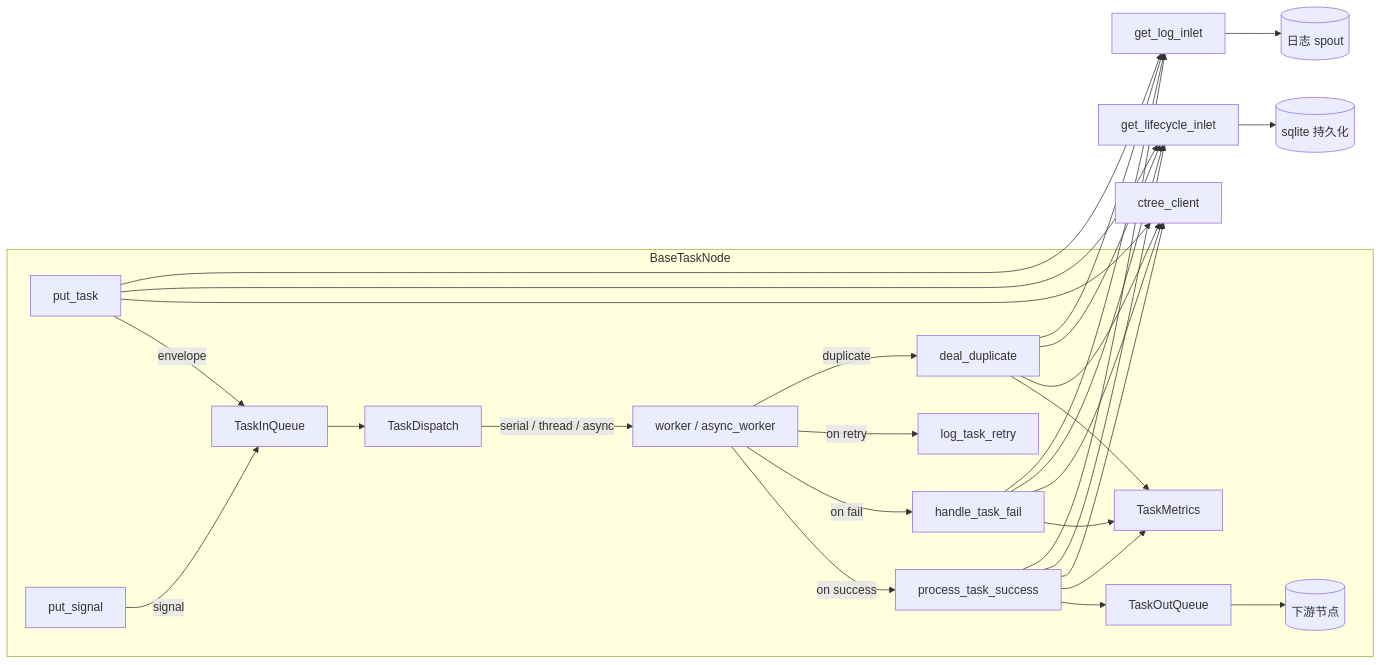
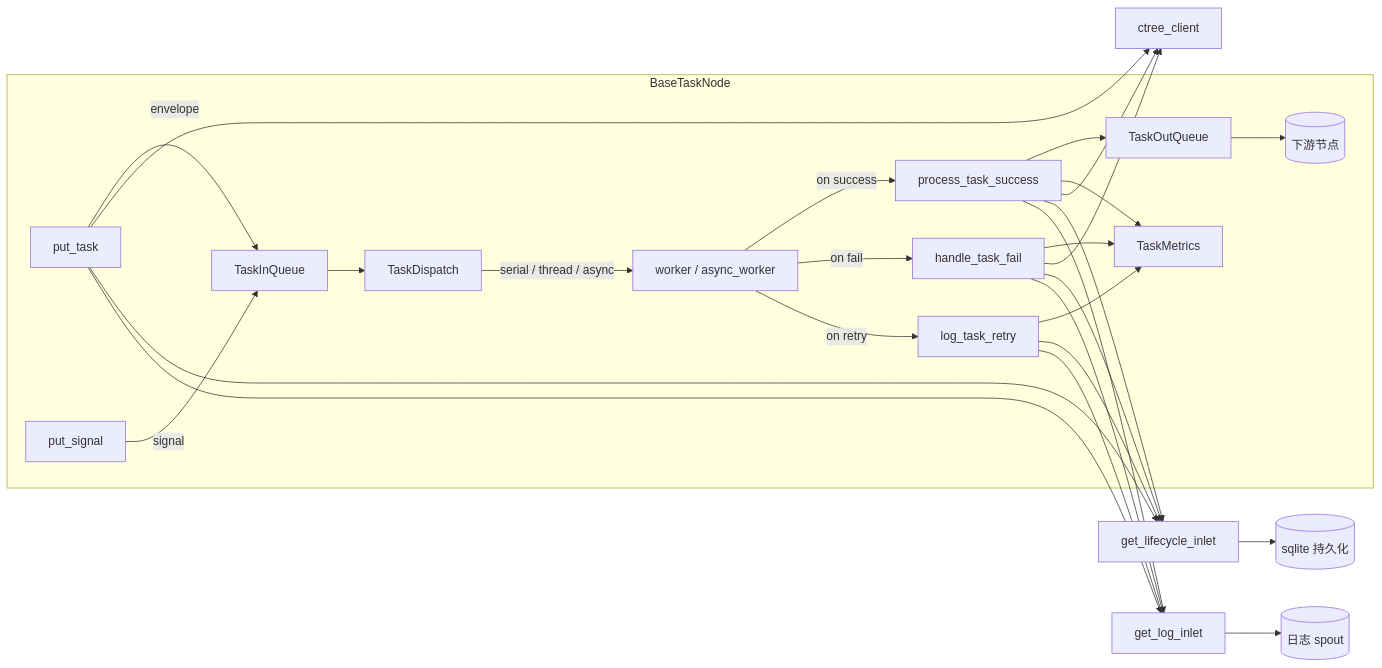
Before and after one commit to Mr-xiaotian/CelestialFlow: the second of 2 diagrams in docs/zh-CN/src/node/core_node.md, drawn with Mermaid. The commit also changed other lines of this file and 100 other files, not shown here.

````diff
--- a/docs/zh-CN/src/node/core_node.md
+++ b/docs/zh-CN/src/node/core_node.md
@@ -181,34 +200,32 @@
 ```mermaid
 flowchart LR
     subgraph "BaseTaskNode"
         PutTask[put_task] -->|envelope| TaskQueue[TaskInQueue]
         PutSignal[put_signal] -->|signal| TaskQueue
         TaskQueue --> Dispatch[TaskDispatch]
         Dispatch -->|serial / thread / async| Worker[worker / async_worker]
         Worker -->|on success| PTS[process_task_success]
         Worker -->|on fail| HTF[handle_task_fail]
         Worker -->|on retry| LTR[log_task_retry]
-        Worker -->|duplicate| DD[deal_duplicate]
-        PTS --> ResultQueue[TaskOutQueue]
-        ResultQueue --> Downstream[(下游节点)]
+        PTS --> YieldQueue[TaskOutQueue]
+        YieldQueue --> Downstream[(下游节点)]
         PTS --> Metrics[TaskMetrics]
         HTF --> Metrics
-        DD --> Metrics
+        LTR --> Metrics
     end
 
     PutTask --> CT[ctree_client]
     HTF --> CT
-    DD --> CT
     PTS --> CT
 
     PutTask --> LCI[get_lifecycle_inlet]
     PutTask --> GLI[get_log_inlet]
     PTS --> LCI
     PTS --> GLI
     HTF --> LCI
     HTF --> GLI
-    DD --> LCI
-    DD --> GLI
+    LTR --> LCI
+    LTR --> GLI
     LCI --> SQLite[(sqlite 持久化)]
     GLI --> LogStore[(日志 spout)]
 ```
````
